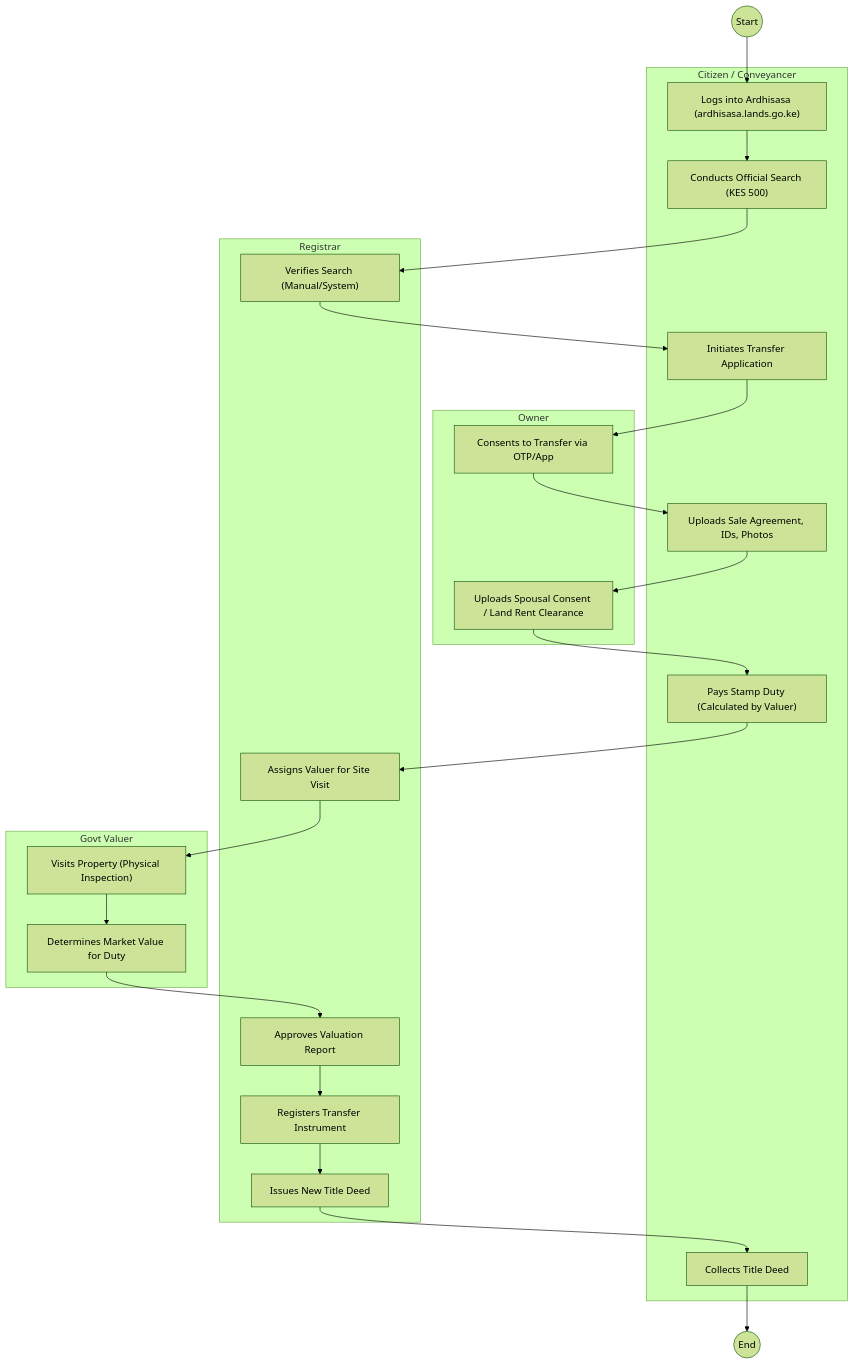
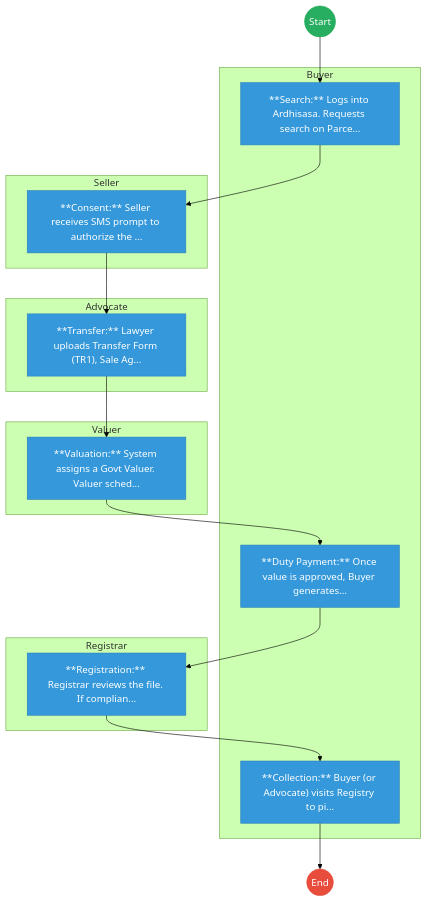
The first of 2 diagrams in mdas/docs_final/STATE_DEPARTMENT_FOR_LANDS_AND_PHYSICAL_PLANNING___Service_Delivery.md (BITZ-IT-Consulting-LTD/ictapoc), drawn with Mermaid (forest theme) before and after one commit. The commit also changed other lines of this file and 461 other files, not shown here.

````diff
--- a/mdas/docs_final/STATE_DEPARTMENT_FOR_LANDS_AND_PHYSICAL_PLANNING___Service_Delivery.md
+++ b/mdas/docs_final/STATE_DEPARTMENT_FOR_LANDS_AND_PHYSICAL_PLANNING___Service_Delivery.md
@@ -20,43 +20,42 @@
 ```mermaid
 graph TD
     Start((Start)) --> S1
-    subgraph Buyer [Citizen / Conveyancer]
-        S1["Logs into Ardhisasa (ardhisasa.lands.go.ke)"]
-        S2["Conducts Official Search (KES 500)"]
-        S3["Initiates Transfer Application"]
-        S4["Uploads Sale Agreement, IDs, Photos"]
-        S5["Pays Stamp Duty (Calculated by Valuer)"]
-        S10["Collects Title Deed"]
+
+    subgraph Buyer [Buyer]
+        S1["**Search:** Logs into Ardhisasa. Requests search on Parce..."]
+        S5["**Duty Payment:** Once value is approved, Buyer generates..."]
+        S7["**Collection:** Buyer (or Advocate) visits Registry to pi..."]
     end
-    subgraph Seller [Owner]
-        S3a["Consents to Transfer via OTP/App"]
-        S4a["Uploads Spousal Consent / Land Rent Clearance"]
+
+    subgraph Seller [Seller]
+        S2["**Consent:** Seller receives SMS prompt to authorize the ..."]
     end
-    subgraph LandsOfficer [Registrar]
-        S2a["Verifies Search (Manual/System)"]
-        S6["Assigns Valuer for Site Visit"]
-        S7["Approves Valuation Report"]
-        S8["Registers Transfer Instrument"]
-        S9["Issues New Title Deed"]
+
+    subgraph Advocate [Advocate]
+        S3["**Transfer:** Lawyer uploads Transfer Form (TR1), Sale Ag..."]
     end
-    subgraph Valuer [Govt Valuer]
-        S6a["Visits Property (Physical Inspection)"]
-        S6b["Determines Market Value for Duty"]
+
+    subgraph Valuer [Valuer]
+        S4["**Valuation:** System assigns a Govt Valuer. Valuer sched..."]
     end
-    
+
+    subgraph Registrar [Registrar]
+        S6["**Registration:** Registrar reviews the file. If complian..."]
+    end
     S1 --> S2
-    S2 --> S2a
-    S2a --> S3
-    S3 --> S3a
-    S3a --> S4
-    S4 --> S4a
-    S4a --> S5
+    S2 --> S3
+    S3 --> S4
+    S4 --> S5
     S5 --> S6
-    S6 --> S6a
-    S6a --> S6b
-    S6b --> S7
-    S7 --> S8
-    S8 --> S9
-    S9 --> S10
-    S10 --> End((End))
+    S6 --> S7
+    S7 --> End((End))
+
+    classDef start fill:#27ae60,stroke:#27ae60,color:#fff;
+    classDef endNode fill:#e74c3c,stroke:#e74c3c,color:#fff;
+    classDef userTask fill:#3498db,stroke:#2980b9,color:#fff;
+    classDef serviceTask fill:#9b59b6,stroke:#8e44ad,color:#fff;
+
+    class Start start;
+    class End endNode;
+    class S1,S2,S3,S4,S5,S6,S7 userTask;
 ```
````
